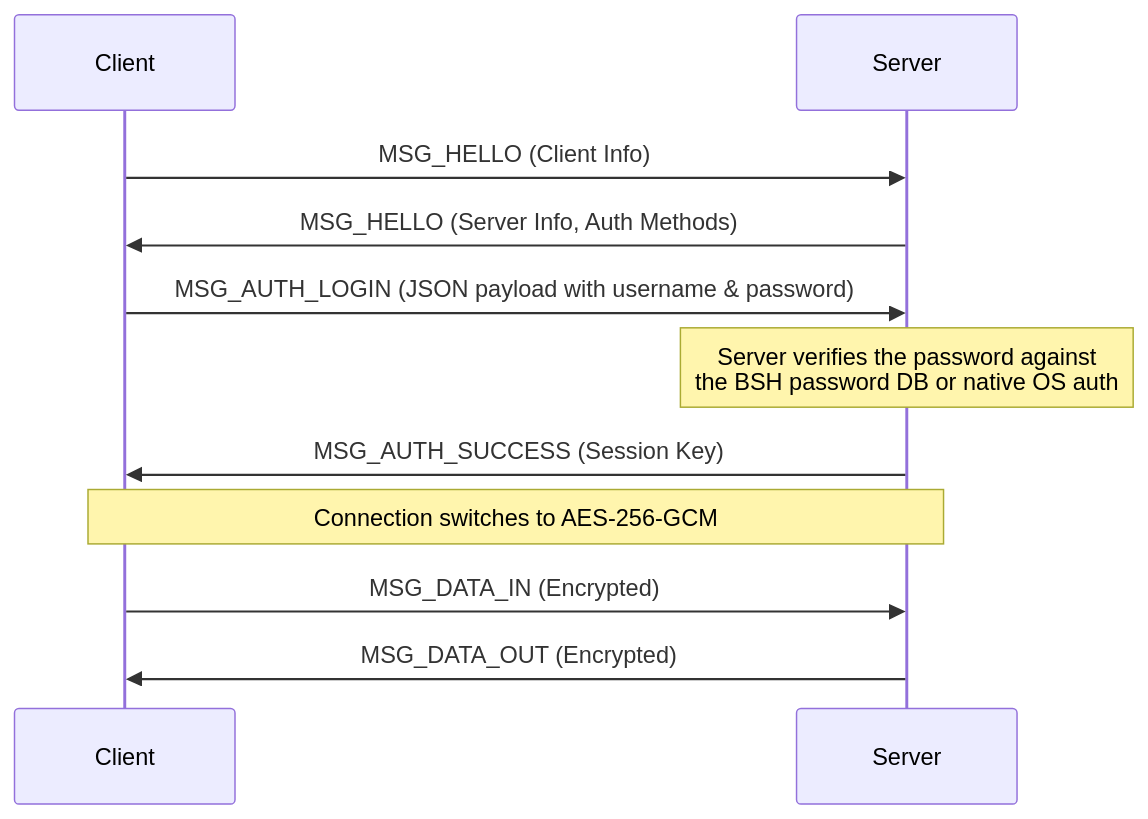
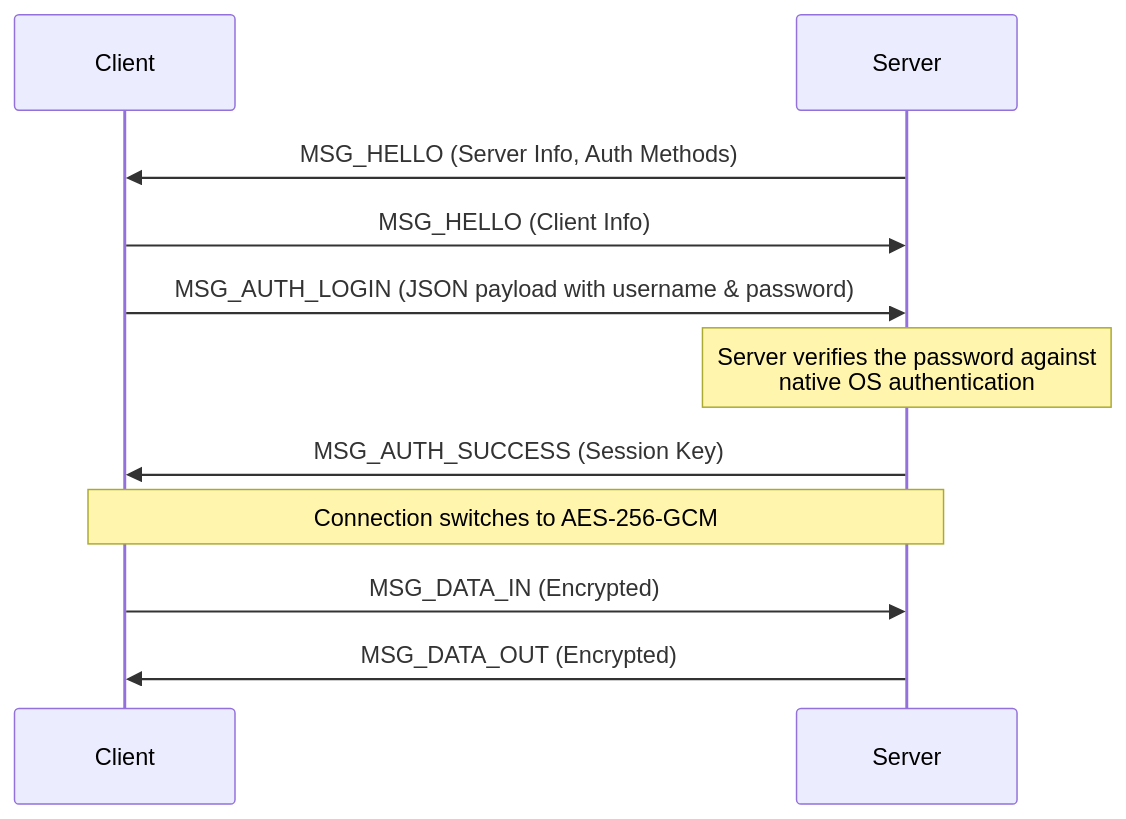
The second of 2 diagrams in docs/architecture.md (Hacker-SriDhar/OpenBSH), drawn with Mermaid before and after one commit. The commit also changed other lines of this file and 9 other files, not shown here.

````diff
--- a/docs/architecture.md
+++ b/docs/architecture.md
@@ -71,18 +71,18 @@
 ```mermaid
 sequenceDiagram
     participant C as Client
     participant S as Server
 
+    S->>C: MSG_HELLO (Server Info, Auth Methods)
     C->>S: MSG_HELLO (Client Info)
-    S->>C: MSG_HELLO (Server Info, Auth Methods)
-    
+
     C->>S: MSG_AUTH_LOGIN (JSON payload with username & password)
-    
-    Note over S: Server verifies the password against<br/>the BSH password DB or native OS auth
-    
+
+    Note over S: Server verifies the password against<br/>native OS authentication
+
     S->>C: MSG_AUTH_SUCCESS (Session Key)
-    
+
     Note over C, S: Connection switches to AES-256-GCM
     C->>S: MSG_DATA_IN (Encrypted)
     S->>C: MSG_DATA_OUT (Encrypted)
 ```
````
